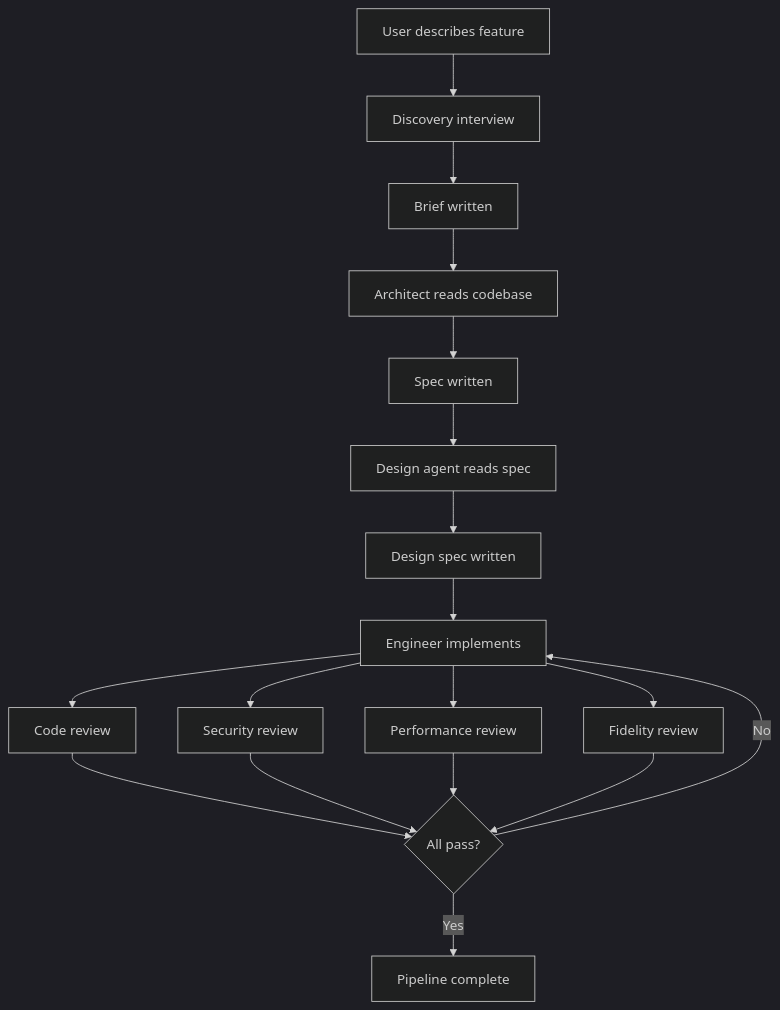
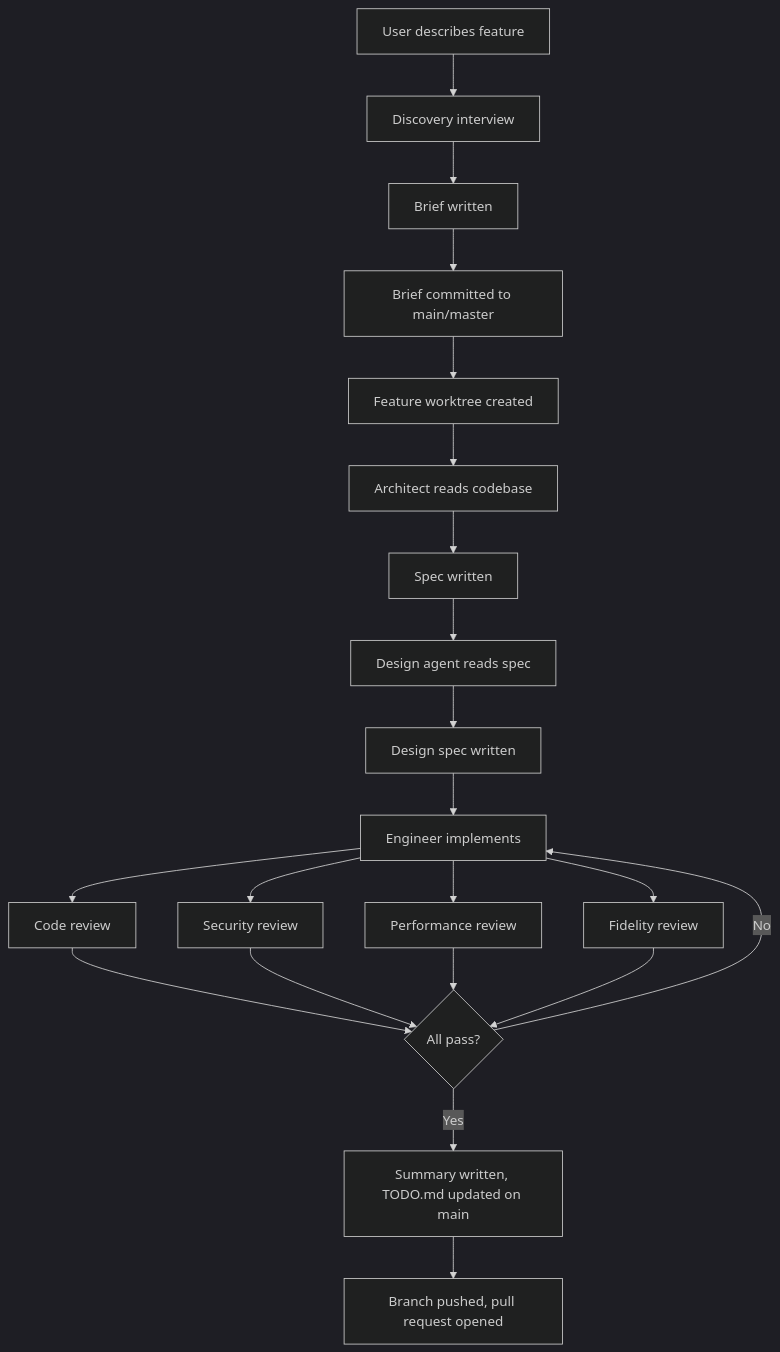
Before and after one commit to revans/rails-agentic-engineering-team: the diagram in docs/pipeline.md, drawn with Mermaid (dark theme). The commit also changed other lines of this file and 4 other files, not shown here.

````diff
--- a/docs/pipeline.md
+++ b/docs/pipeline.md
@@ -15,20 +17,23 @@
 ```mermaid
 flowchart TD
     A[User describes feature] --> B[Discovery interview]
     B --> C[Brief written]
-    C --> D[Architect reads codebase]
+    C --> C2[Brief committed to main/master]
+    C2 --> C3[Feature worktree created]
+    C3 --> D[Architect reads codebase]
     D --> E[Spec written]
     E --> F[Design agent reads spec]
     F --> G[Design spec written]
     G --> H[Engineer implements]
     H --> I[Code review]
     H --> J[Security review]
     H --> K[Performance review]
     H --> N[Fidelity review]
     I --> L{All pass?}
     J --> L
     K --> L
     N --> L
-    L -->|Yes| M[Pipeline complete]
+    L -->|Yes| M[Summary written, TODO.md updated on main]
+    M --> P[Branch pushed, pull request opened]
     L -->|No| H
 ```
````
